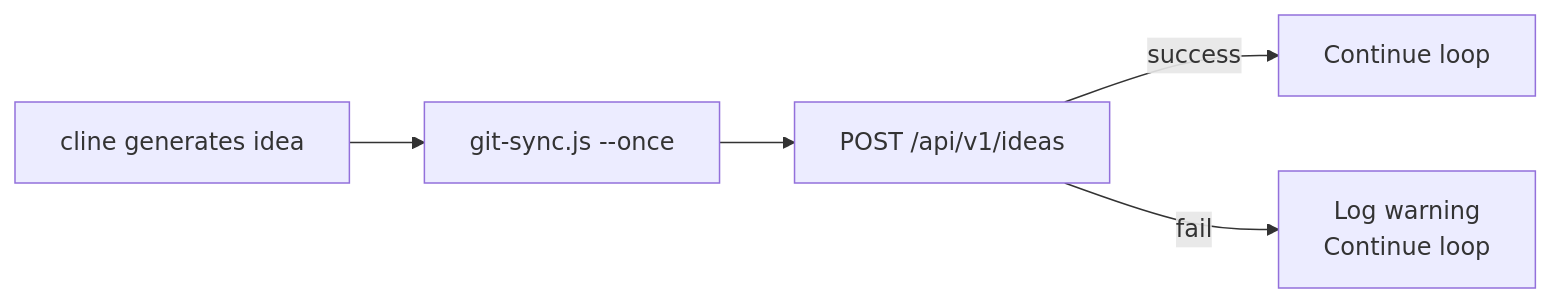
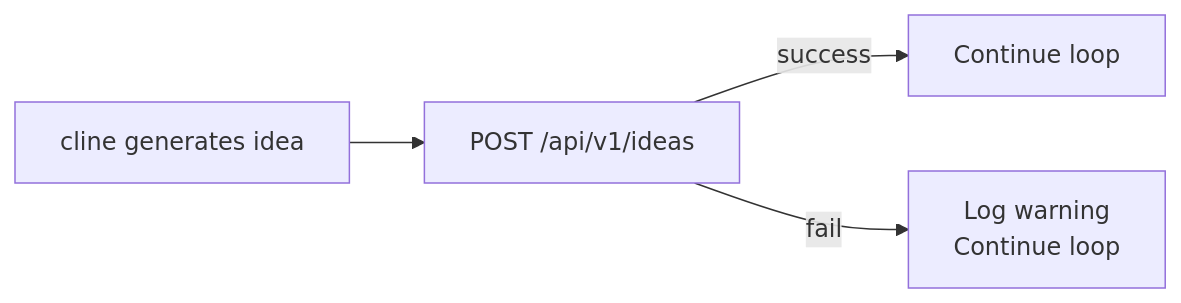
One commit to jtmb/slop-generator changed the second of 2 diagrams in docs/API_USAGE.md. Above: the diagram before and after it, drawn with Mermaid. The commit also changed other lines of this file and 103 other files, not shown here.

First line of the commit message:
refactor: replace git sync with tar.gz upload mechanism

````diff
--- a/docs/API_USAGE.md
+++ b/docs/API_USAGE.md
@@ -64,7 +64,6 @@
 ```mermaid
 flowchart LR
-    G[cline generates idea] --> S[git-sync.js --once]
-    S --> P[POST /api/v1/ideas]
+    G[cline generates idea] --> P[POST /api/v1/ideas]
     P -->|success| D[Continue loop]
     P -->|fail| W[Log warning<br/>Continue loop]
 ```
````
